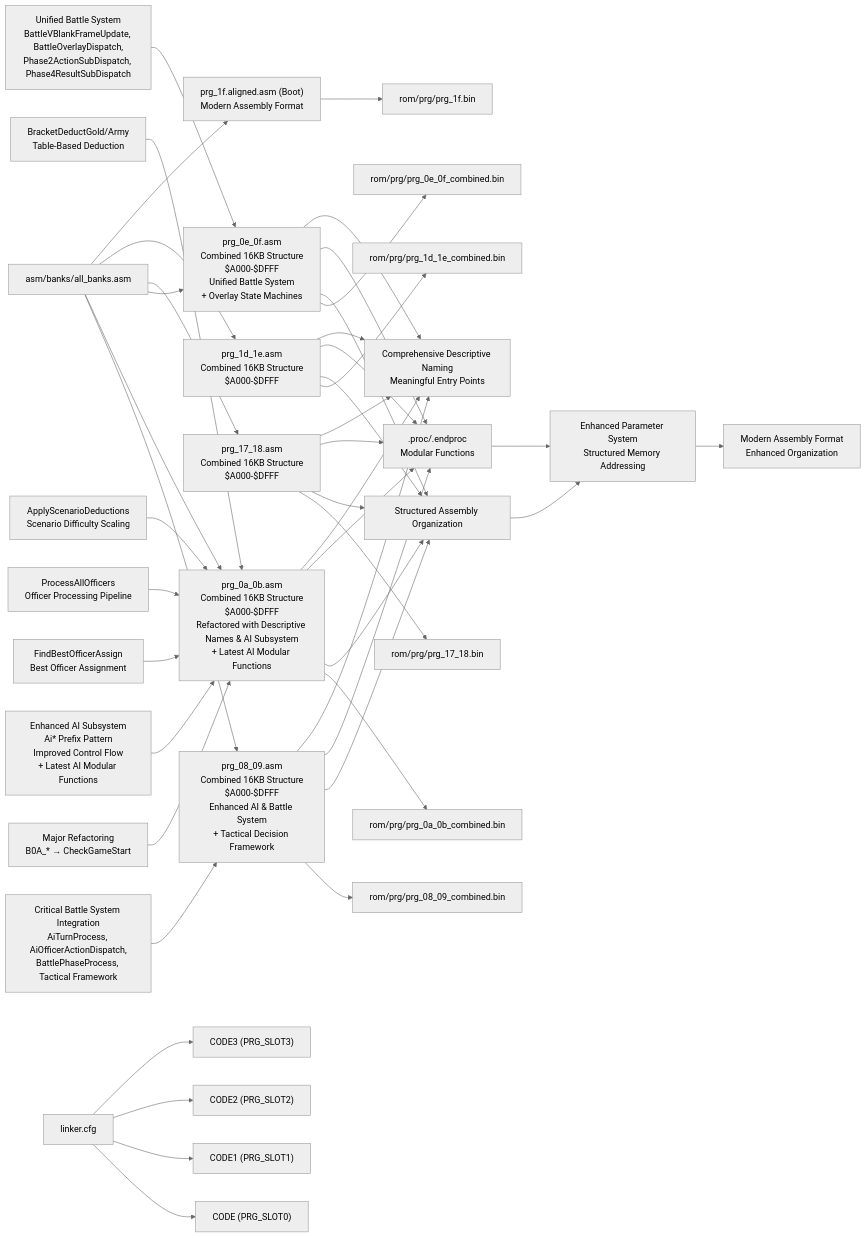
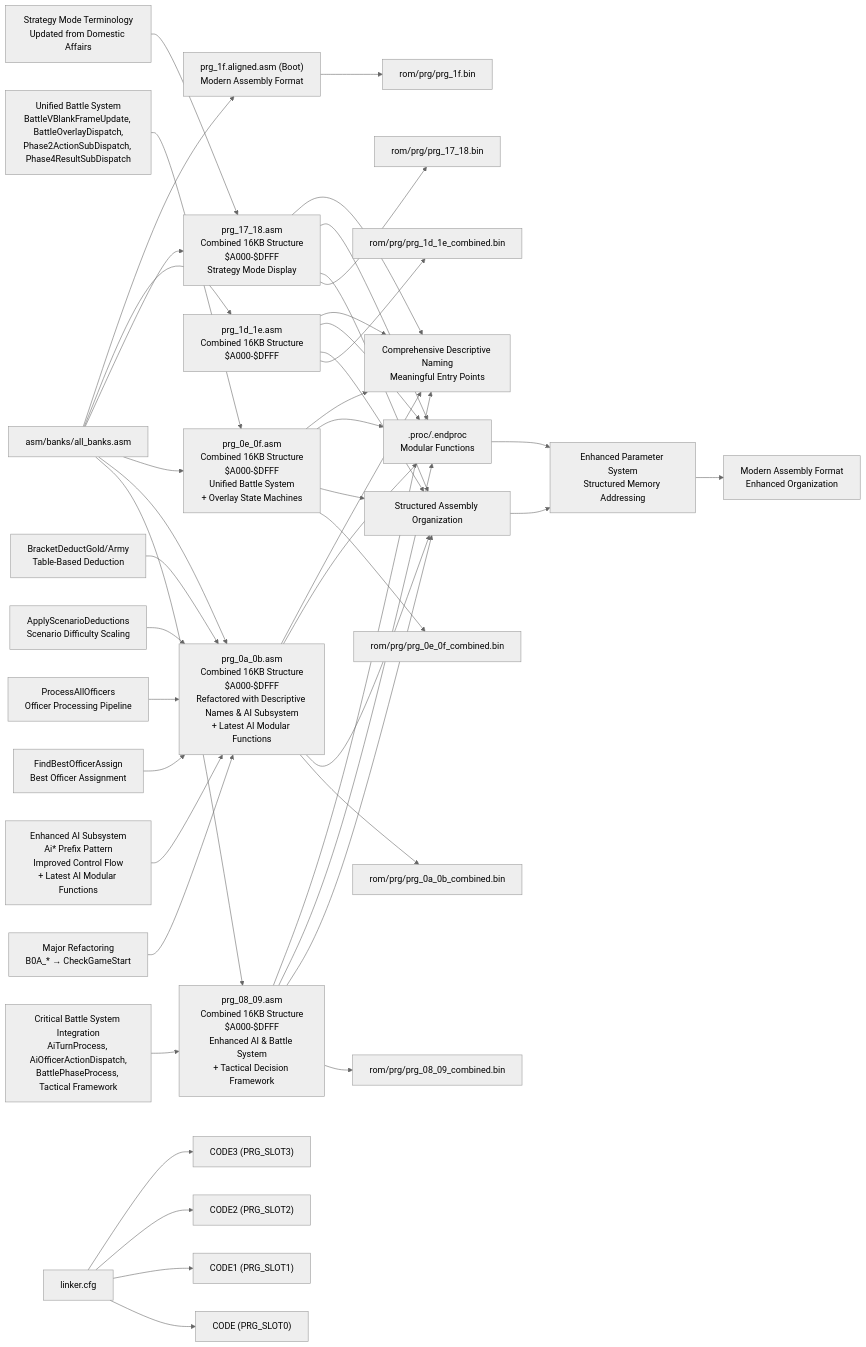
Diagram 16 of 22 in .qoder/repowiki/en/content/Assembly Architecture/Assembly Architecture.md (rabbyzero/sango2dasm), drawn with Mermaid (neutral theme) before and after one commit. The commit also changed other lines of this file and 117 other files, not shown here.

First line of the commit message:
Align bank-wide terminology with glossary across all PRG banks

````diff
--- a/.qoder/repowiki/en/content/Assembly Architecture/Assembly Architecture.md
+++ b/.qoder/repowiki/en/content/Assembly Architecture/Assembly Architecture.md
@@ -1253,48 +1263,49 @@
 ```mermaid
 graph LR
 ALLB["asm/banks/all_banks.asm"] --> COMBINED08_09["prg_08_09.asm<br/>Combined 16KB Structure<br/>$A000-$DFFF<br/>Enhanced AI & Battle System<br/>+ Tactical Decision Framework"]
 ALLB --> COMBINED0A_0B["prg_0a_0b.asm<br/>Combined 16KB Structure<br/>$A000-$DFFF<br/>Refactored with Descriptive Names & AI Subsystem<br/>+ Latest AI Modular Functions"]
 ALLB --> COMBINED0E_0F["prg_0e_0f.asm<br/>Combined 16KB Structure<br/>$A000-$DFFF<br/>Unified Battle System<br/>+ Overlay State Machines"]
-ALLB --> COMBINED17_18["prg_17_18.asm<br/>Combined 16KB Structure<br/>$A000-$DFFF"]
+ALLB --> COMBINED17_18["prg_17_18.asm<br/>Combined 16KB Structure<br/>$A000-$DFFF<br/>Strategy Mode Display"]
 ALLB --> COMBINED1D_1E["prg_1d_1e.asm<br/>Combined 16KB Structure<br/>$A000-$DFFF"]
 ALLB --> ALIGNED["prg_1f.aligned.asm (Boot)<br/>Modern Assembly Format"]
 LCFG["linker.cfg"] --> SEG0["CODE (PRG_SLOT0)"]
 LCFG --> SEG1["CODE1 (PRG_SLOT1)"]
 LCFG --> SEG2["CODE2 (PRG_SLOT2)"]
 LCFG --> SEG3["CODE3 (PRG_SLOT3)"]
 COMBINED08_09 --> BIN08_09["rom/prg/prg_08_09_combined.bin"]
 COMBINED0A_0B --> BIN0A_0B["rom/prg/prg_0a_0b_combined.bin"]
 COMBINED0E_0F --> BIN0E_0F["rom/prg/prg_0e_0f_combined.bin"]
 COMBINED17_18 --> BIN17_18["rom/prg/prg_17_18.bin"]
 COMBINED1D_1E --> BIN1D_1E["rom/prg/prg_1d_1e_combined.bin"]
 ALIGNED --> BIN1F["rom/prg/prg_1f.bin"]
 COMBINED08_09 --> STRUCT["Structured Assembly Organization"]
 COMBINED0A_0B --> STRUCT
 COMBINED0E_0F --> STRUCT
 COMBINED17_18 --> STRUCT
 COMBINED1D_1E --> STRUCT
 COMBINED08_09 --> PROC[".proc/.endproc<br/>Modular Functions"]
 COMBINED0A_0B --> PROC
 COMBINED0E_0F --> PROC
 COMBINED17_18 --> PROC
 COMBINED1D_1E --> PROC
 PARAMSYS["Enhanced Parameter System<br/>Structured Memory Addressing"]
 STRUCT --> PARAMSYS
 PROC --> PARAMSYS
 MODERN["Modern Assembly Format<br/>Enhanced Organization"]
 PARAMSYS --> MODERN
 DESCRIPTIVENAMING["Comprehensive Descriptive Naming<br/>Meaningful Entry Points"]
 COMBINED08_09 --> DESCRIPTIVENAMING
 COMBINED0A_0B --> DESCRIPTIVENAMING
 COMBINED0E_0F --> DESCRIPTIVENAMING
 COMBINED17_18 --> DESCRIPTIVENAMING
 COMBINED1D_1E --> DESCRIPTIVENAMING
 REFAC["Major Refactoring<br/>B0A_* → CheckGameStart"] --> COMBINED0A_0B
 AI_ENHANCEMENT["Enhanced AI Subsystem<br/>Ai* Prefix Pattern<br/>Improved Control Flow<br/>+ Latest AI Modular Functions"] --> COMBINED0A_0B
 BATTLE_INTEGRATION["Critical Battle System Integration<br/>AiTurnProcess, AiOfficerActionDispatch,<br/>BattlePhaseProcess, Tactical Framework"] --> COMBINED08_09
 BATTLE_OVERLAY_SYSTEM["Unified Battle System<br/>BattleVBlankFrameUpdate, BattleOverlayDispatch,<br/>Phase2ActionSubDispatch, Phase4ResultSubDispatch"] --> COMBINED0E_0F
+STRATEGY_MODE_UPDATE["Strategy Mode Terminology<br/>Updated from Domestic Affairs"] --> COMBINED17_18
 AI_FIND_OFFICER["FindBestOfficerAssign<br/>Best Officer Assignment"] --> COMBINED0A_0B
 AI_PROCESS_ALL["ProcessAllOfficers<br/>Officer Processing Pipeline"] --> COMBINED0A_0B
 AI_SCENARIO_DEDUCTIONS["ApplyScenarioDeductions<br/>Scenario Difficulty Scaling"] --> COMBINED0A_0B
 AI_BRACKET_DEDUCT["BracketDeductGold/Army<br/>Table-Based Deduction"] --> COMBINED0A_0B
 ```
````
